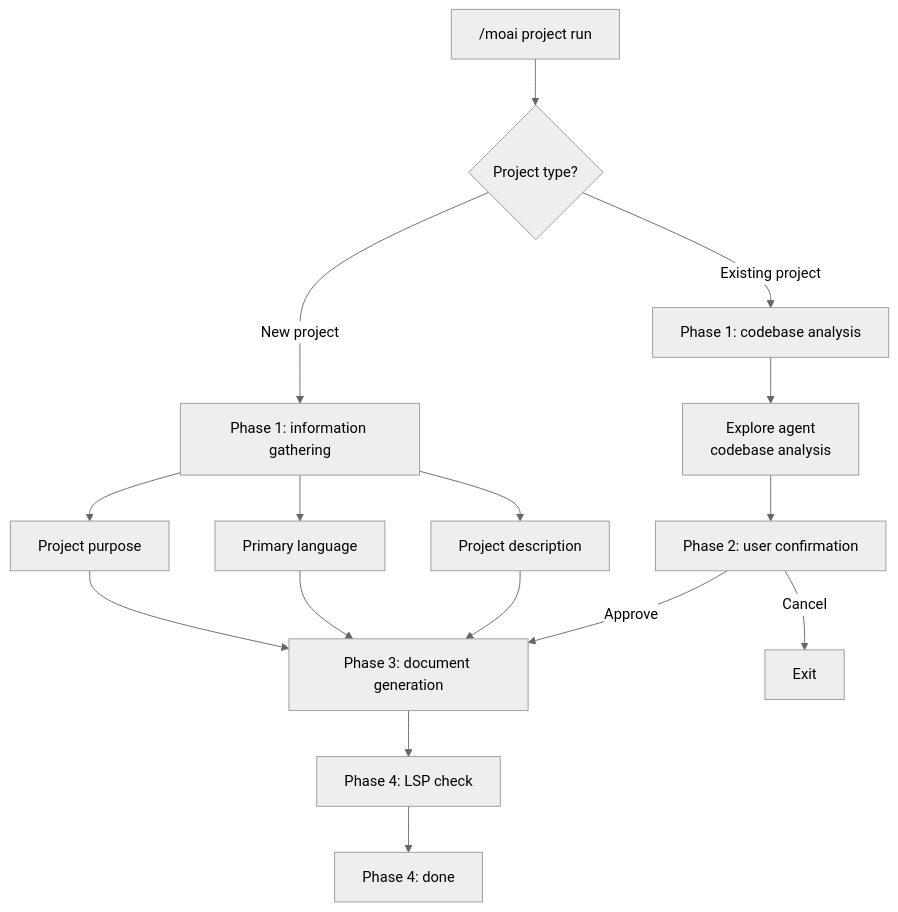
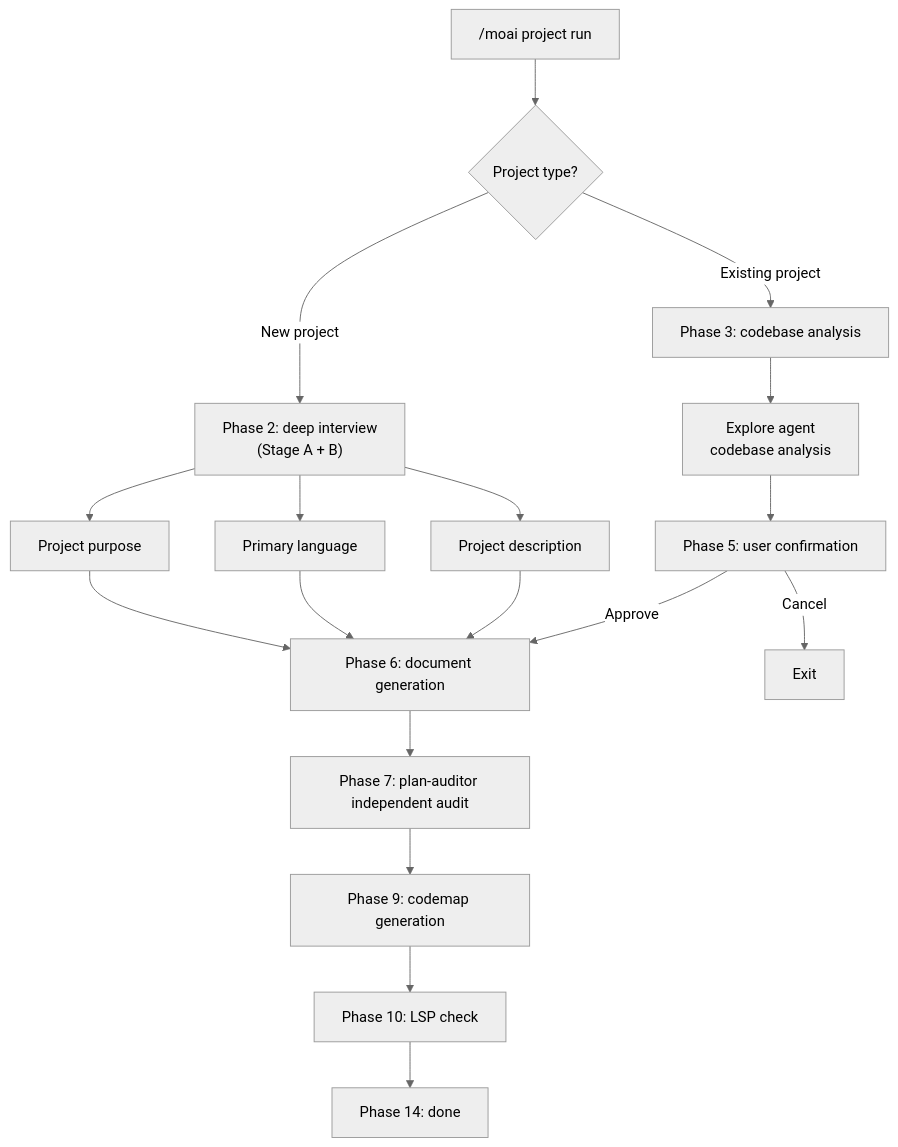
One commit to modu-ai/moai-adk changed the first of 3 diagrams in docs-site/content/en/workflow-commands/moai-project.md. Above: the diagram before and after it, drawn with Mermaid (neutral theme). The commit also changed other lines of this file and 42 other files, not shown here.

````diff
--- a/docs-site/content/en/workflow-commands/moai-project.md
+++ b/docs-site/content/en/workflow-commands/moai-project.md
@@ -97,24 +98,26 @@
 ```mermaid
 flowchart TD
     Start["/moai project run"] --> Q1{Project type?}
 
-    Q1 -->|New project| New["Phase 1: information gathering"]
-    Q1 -->|Existing project| Exist["Phase 1: codebase analysis"]
+    Q1 -->|New project| New["Phase 2: deep interview<br/>(Stage A + B)"]
+    Q1 -->|Existing project| Exist["Phase 3: codebase analysis"]
 
     New --> NewQ["Project purpose"]
     New --> NewL["Primary language"]
     New --> NewD["Project description"]
 
-    NewQ --> Gen["Phase 3: document generation"]
+    NewQ --> Gen["Phase 6: document generation"]
     NewL --> Gen
     NewD --> Gen
 
     Exist --> Exp["Explore agent<br/>codebase analysis"]
-    Exp --> Conf["Phase 2: user confirmation"]
+    Exp --> Conf["Phase 5: user confirmation"]
 
     Conf -->|Approve| Gen
     Conf -->|Cancel| End["Exit"]
 
-    Gen --> LSP["Phase 4: LSP check"]
-    LSP --> Complete["Phase 4: done"]
+    Gen --> Audit["Phase 7: plan-auditor independent audit"]
+    Audit --> CM["Phase 9: codemap generation"]
+    CM --> LSP["Phase 10: LSP check"]
+    LSP --> Complete["Phase 14: done"]
 ```
````
